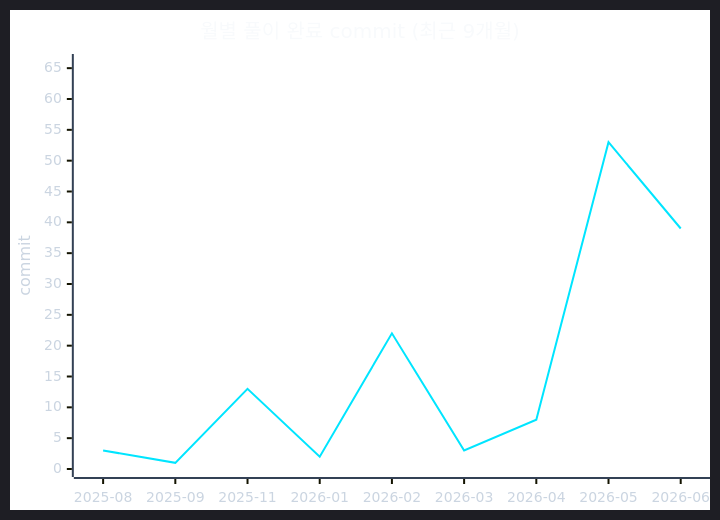
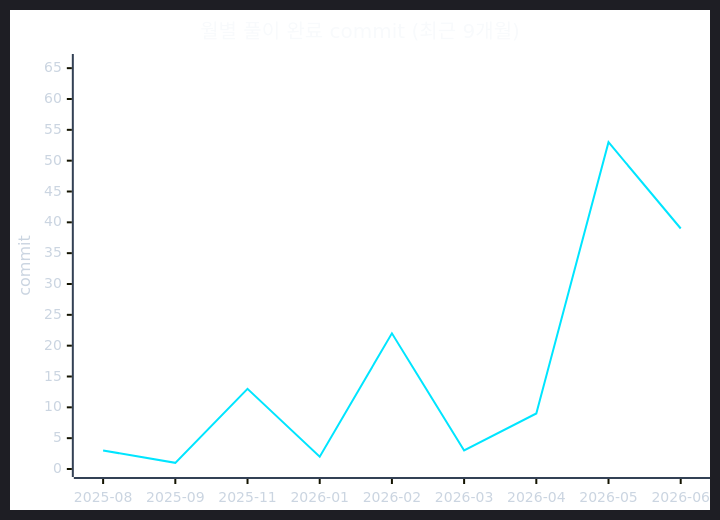
Before and after one commit to CHOOSLA/Algorithm: the second of 2 diagrams in readme.md, drawn with Mermaid. The commit also changed other lines of this file and 2 other files, not shown here.

````diff
--- a/readme.md
+++ b/readme.md
@@ -71,22 +71,22 @@
 ```mermaid
 ---
 config:
   theme: dark
   themeVariables:
     background: '#0d1117'
     xyChart:
       titleColor: '#f8fafc'
       xAxisLabelColor: '#cbd5e1'
       xAxisTitleColor: '#cbd5e1'
       xAxisLineColor: '#334155'
       yAxisLabelColor: '#cbd5e1'
       yAxisTitleColor: '#cbd5e1'
       yAxisLineColor: '#334155'
       plotColorPalette: '#00e5ff'
 ---
 xychart-beta
   title "월별 풀이 완료 commit (최근 9개월)"
   x-axis ["2025-08", "2025-09", "2025-11", "2026-01", "2026-02", "2026-03", "2026-04", "2026-05", "2026-06"]
   y-axis "commit" 0 --> 66
-  line [3, 1, 13, 2, 22, 3, 8, 53, 39]
+  line [3, 1, 13, 2, 22, 3, 9, 53, 39]
 ```
````
